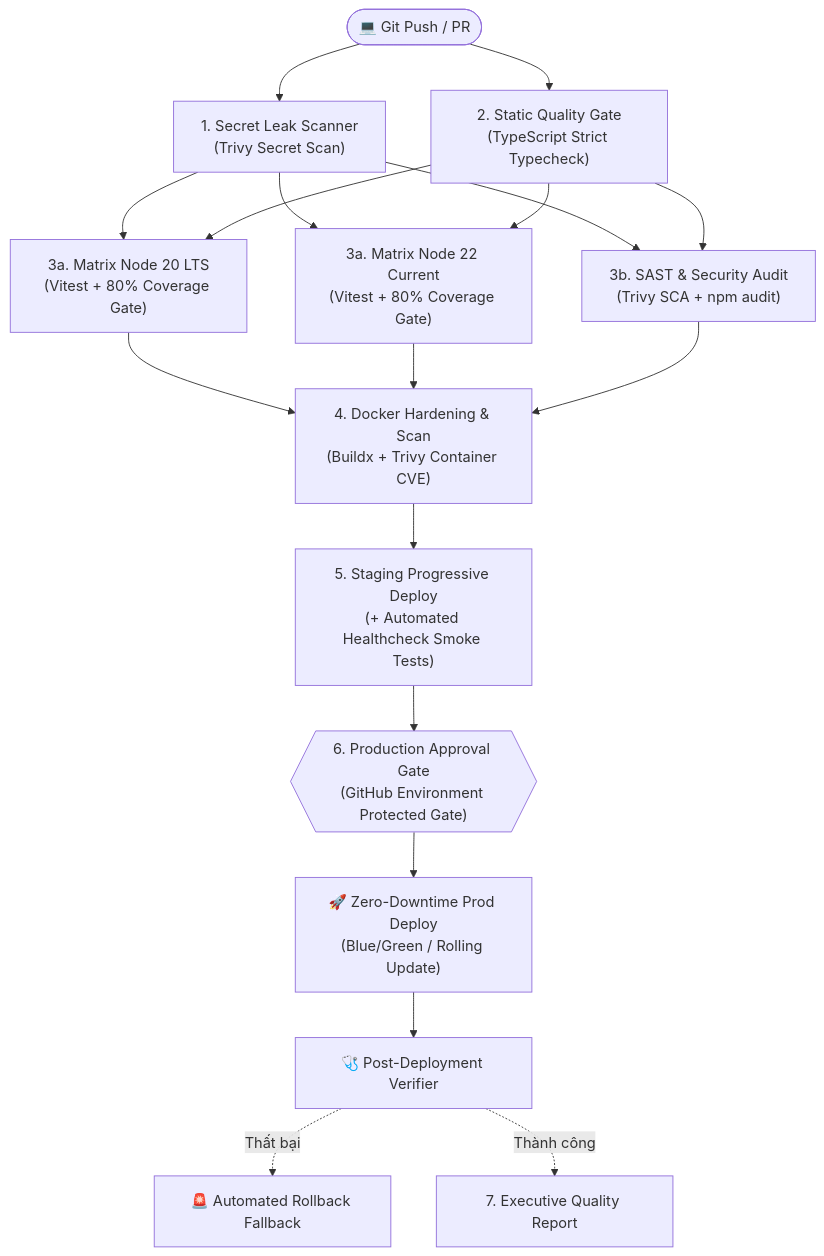
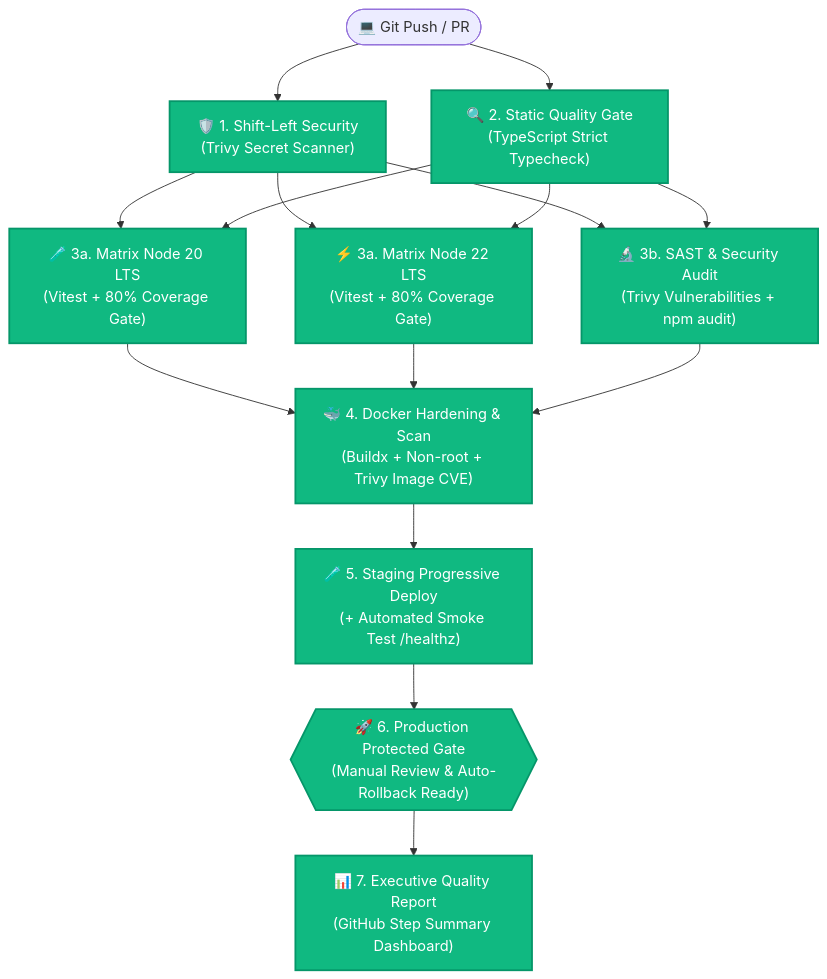
Before and after one commit to Ma1910/test-cicd: the diagram in README.md, drawn with Mermaid. The commit also changed other lines of this file, not shown here.

Commit message:
docs: add official technology badges and crisp logo graphics to README

````diff
--- a/README.md
+++ b/README.md
@@ -9,28 +39,27 @@
 ```mermaid
 graph TD
-    Dev([💻 Git Push / PR]) --> SecScan["1. Secret Leak Scanner<br/>(Trivy Secret Scan)"]
-    Dev --> Quality["2. Static Quality Gate<br/>(TypeScript Strict Typecheck)"]
+    Dev([💻 Git Push / PR]) --> SecScan["🛡️ 1. Shift-Left Security<br/>(Trivy Secret Scanner)"]
+    Dev --> Quality["🔍 2. Static Quality Gate<br/>(TypeScript Strict Typecheck)"]
 
-    SecScan --> Matrix20["3a. Matrix Node 20 LTS<br/>(Vitest + 80% Coverage Gate)"]
+    SecScan --> Matrix20["🧪 3a. Matrix Node 20 LTS<br/>(Vitest + 80% Coverage Gate)"]
     Quality --> Matrix20
 
-    SecScan --> Matrix22["3a. Matrix Node 22 Current<br/>(Vitest + 80% Coverage Gate)"]
+    SecScan --> Matrix22["⚡ 3a. Matrix Node 22 LTS<br/>(Vitest + 80% Coverage Gate)"]
     Quality --> Matrix22
 
-    SecScan --> SAST["3b. SAST & Security Audit<br/>(Trivy SCA + npm audit)"]
+    SecScan --> SAST["🔬 3b. SAST & Security Audit<br/>(Trivy Vulnerabilities + npm audit)"]
     Quality --> SAST
 
-    Matrix20 --> Docker["4. Docker Hardening & Scan<br/>(Buildx + Trivy Container CVE)"]
+    Matrix20 --> Docker["🐳 4. Docker Hardening & Scan<br/>(Buildx + Non-root + Trivy Image CVE)"]
     Matrix22 --> Docker
     SAST --> Docker
 
-    Docker --> Staging["5. Staging Progressive Deploy<br/>(+ Automated Healthcheck Smoke Tests)"]
+    Docker --> Staging["🧪 5. Staging Progressive Deploy<br/>(+ Automated Smoke Test /healthz)"]
 
-    Staging --> ProdGate{{"6. Production Approval Gate<br/>(GitHub Environment Protected Gate)"}}
+    Staging --> ProdGate{{"🚀 6. Production Protected Gate<br/>(Manual Review & Auto-Rollback Ready)"}}
 
-    ProdGate --> DeployProd["🚀 Zero-Downtime Prod Deploy<br/>(Blue/Green / Rolling Update)"]
-    DeployProd --> SmokeProd["🩺 Post-Deployment Verifier"]
+    ProdGate --> Summary["📊 7. Executive Quality Report<br/>(GitHub Step Summary Dashboard)"]
 
-    SmokeProd -.->|Thất bại| Rollback["🚨 Automated Rollback Fallback"]
-    SmokeProd -.->|Thành công| Report["7. Executive Quality Report"]
+    classDef success fill:#10b981,stroke:#059669,stroke-width:2px,color:#fff;
+    class SecScan,Quality,Matrix20,Matrix22,SAST,Docker,Staging,ProdGate,Summary success;
 ```
````
